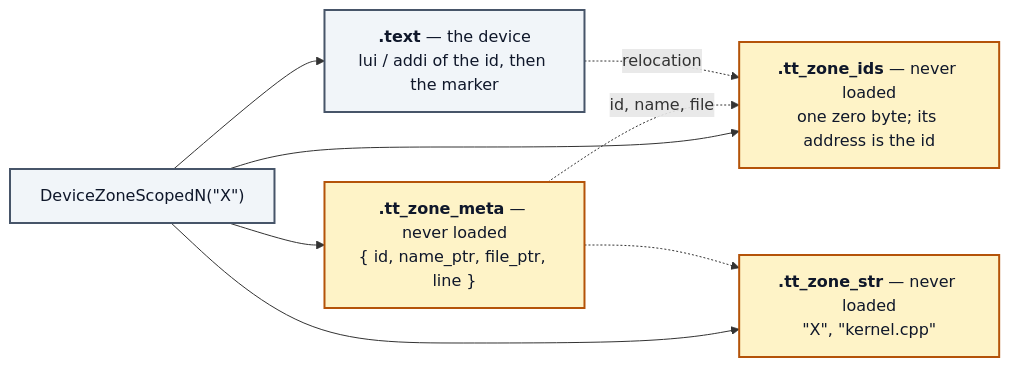
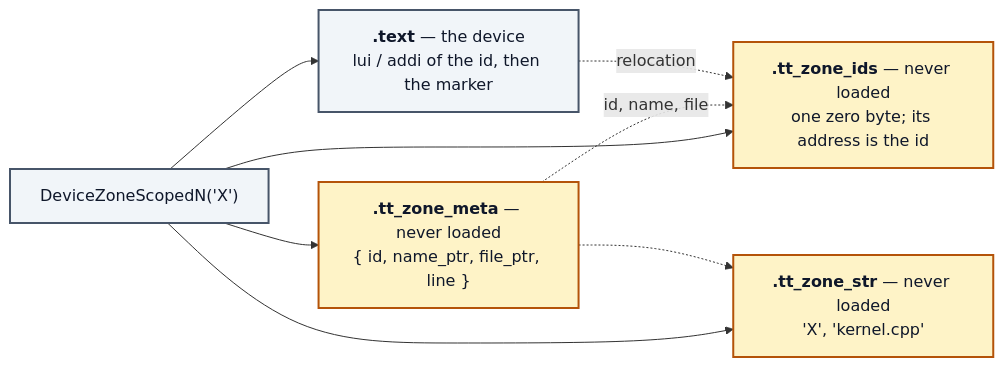
One commit to tenstorrent/tt-metal changed the second of 2 diagrams in tt_metal/tools/profiler/STREAMING_PROFILER_ZONE_IDS.md. Above: the diagram before and after it, drawn with Mermaid. The commit also changed other lines of this file, not shown here.

Commit message:
profiler: zone-id doc -- fix the Mermaid diagrams on GitHub
GitHub decodes &quot; back to a double quote before Mermaid parses the label, which ends the
quoted label early ("Parse error on line 8 ... got 'STR'"). Use single quotes inside labels.

````diff
--- a/tt_metal/tools/profiler/STREAMING_PROFILER_ZONE_IDS.md
+++ b/tt_metal/tools/profiler/STREAMING_PROFILER_ZONE_IDS.md
@@ -57,19 +57,19 @@
 ```mermaid
 flowchart LR
   classDef code fill:#F1F5F9,stroke:#475569,stroke-width:2px,color:#0F172A
   classDef sec  fill:#FEF3C7,stroke:#B45309,stroke-width:2px,color:#0F172A
 
-  Z["DeviceZoneScopedN(&quot;X&quot;)"]:::code
+  Z["DeviceZoneScopedN('X')"]:::code
   I["<b>.tt_zone_ids</b> — never loaded<br/>one zero byte; its address is the id"]:::sec
   M["<b>.tt_zone_meta</b> — never loaded<br/>{ id, name_ptr, file_ptr, line }"]:::sec
-  T["<b>.tt_zone_str</b> — never loaded<br/>&quot;X&quot;, &quot;kernel.cpp&quot;"]:::sec
+  T["<b>.tt_zone_str</b> — never loaded<br/>'X', 'kernel.cpp'"]:::sec
   C["<b>.text</b> — the device<br/>lui / addi of the id, then the marker"]:::code
 
   Z --> I
   Z --> M
   Z --> T
   Z --> C
   M -. id, name, file .-> I
   M -.-> T
   C -. relocation .-> I
 ```
````
